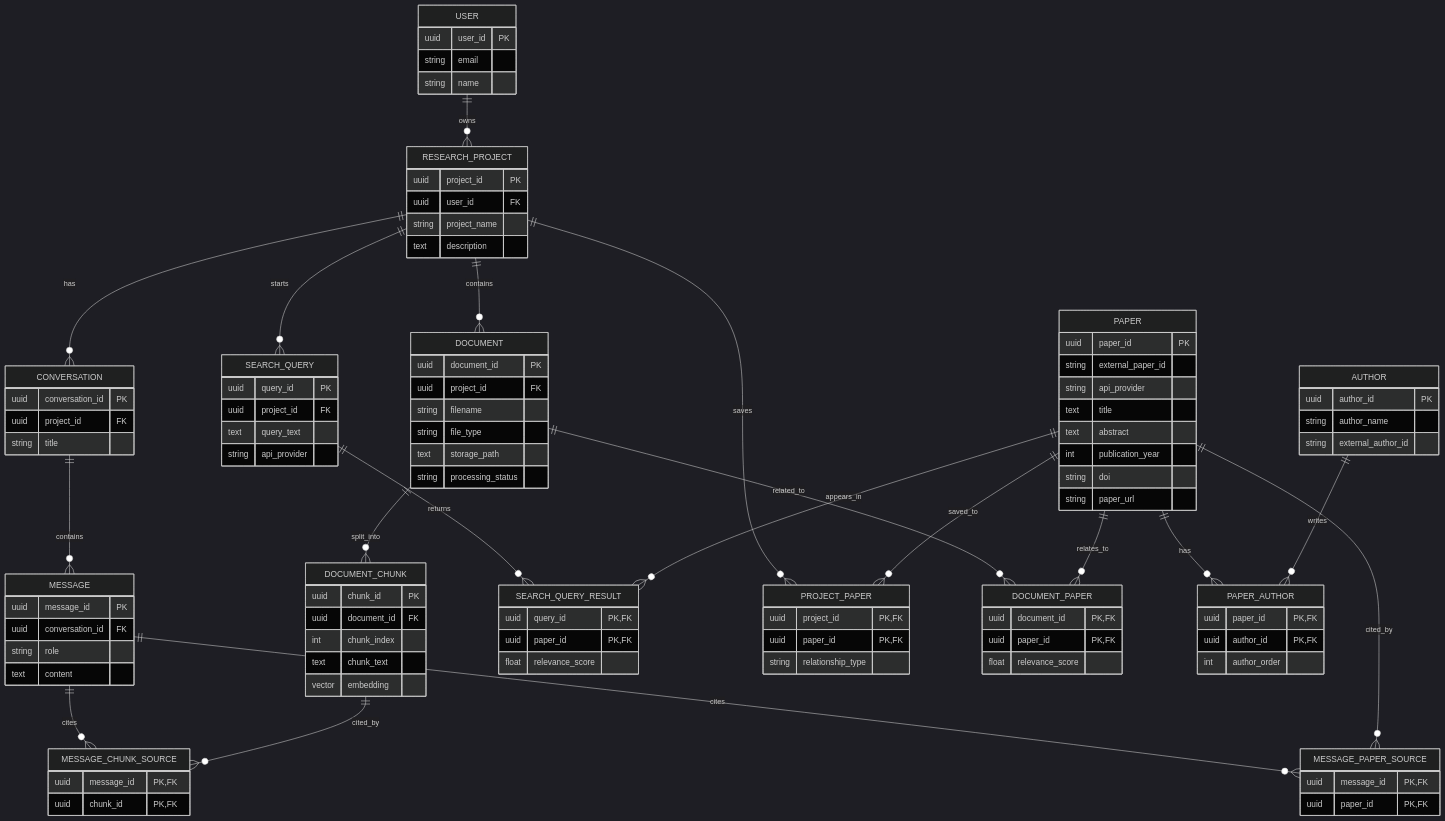
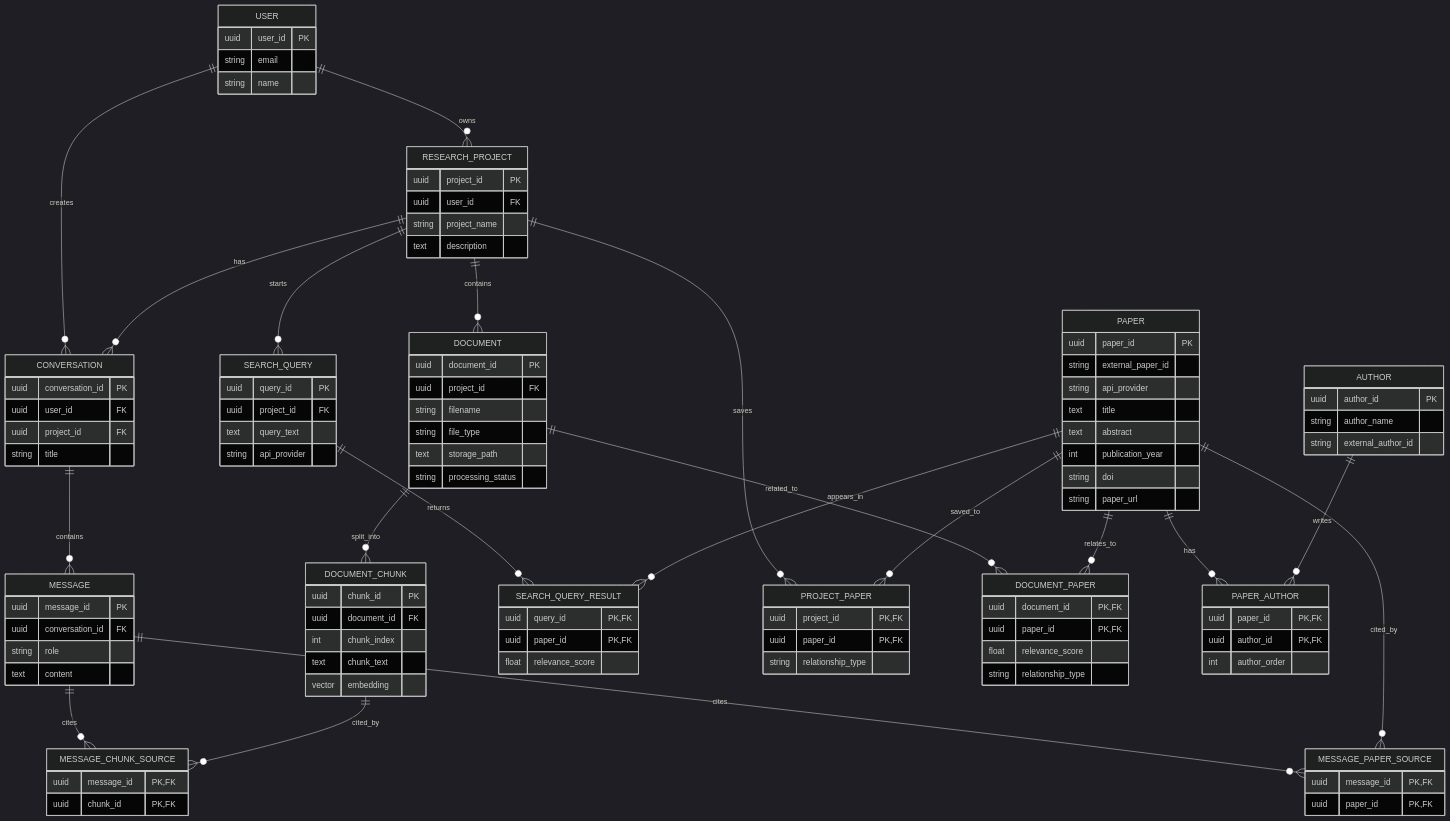
Before and after one commit to grace-pasion/ai-research-assistant: the first of 2 diagrams in PROJECT_OVERVIEW.md, drawn with Mermaid (dark theme). The commit also changed other lines of this file, not shown here.

````diff
--- a/PROJECT_OVERVIEW.md
+++ b/PROJECT_OVERVIEW.md
@@ -21,6 +21,7 @@
 ```mermaid
 erDiagram
     USER ||--o{ RESEARCH_PROJECT : owns
+    USER ||--o{ CONVERSATION : creates
     RESEARCH_PROJECT ||--o{ DOCUMENT : contains
     RESEARCH_PROJECT ||--o{ CONVERSATION : has
     RESEARCH_PROJECT ||--o{ SEARCH_QUERY : starts
@@ -67,6 +68,7 @@
     }
     CONVERSATION {
         uuid conversation_id PK
+        uuid user_id FK
         uuid project_id FK
         string title
     }
@@ -104,6 +106,7 @@
         uuid document_id PK, FK
         uuid paper_id PK, FK
         float relevance_score
+        string relationship_type
     }
     PAPER {
         uuid paper_id PK
````
